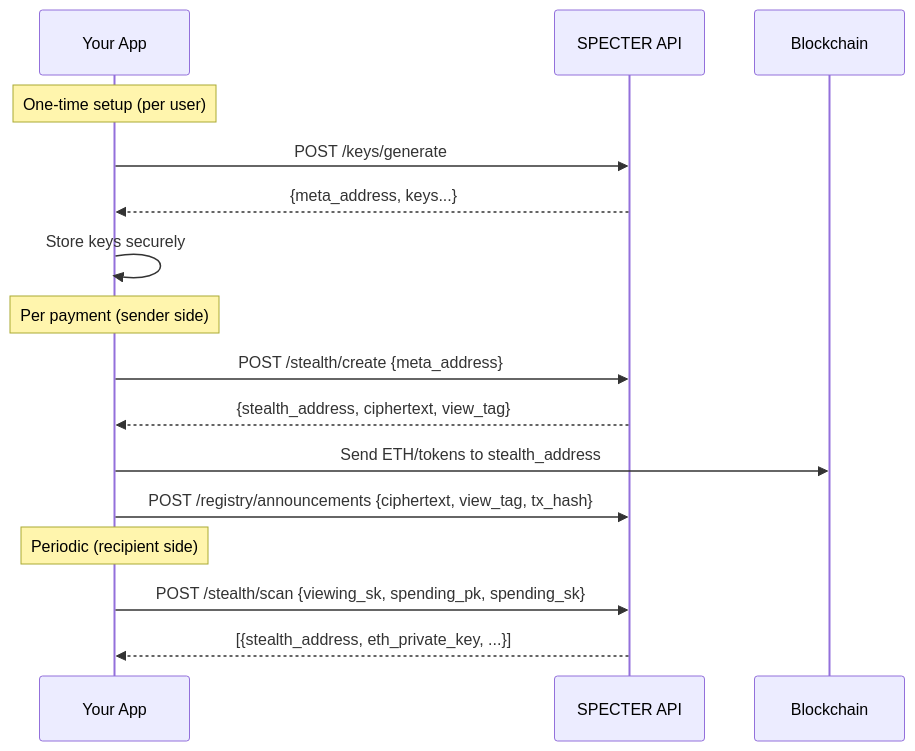
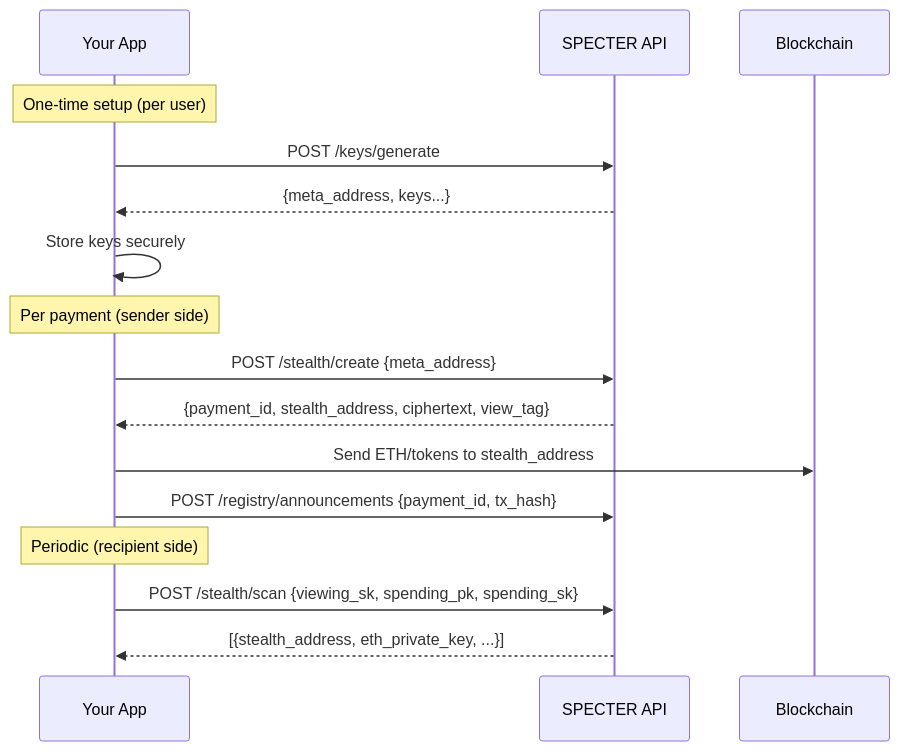
Before and after one commit to specter-privacy/docs: the diagram in docs/build/integration-guide.mdx, drawn with Mermaid. The commit also changed other lines of this file and 30 other files, not shown here.

````diff
--- a/docs/build/integration-guide.mdx
+++ b/docs/build/integration-guide.mdx
@@ -65,21 +65,21 @@
 ```mermaid
 sequenceDiagram
     participant App as Your App
     participant API as SPECTER API
     participant Chain as Blockchain
 
     Note over App: One-time setup (per user)
     App->>API: POST /keys/generate
     API-->>App: {meta_address, keys...}
     App->>App: Store keys securely
 
     Note over App: Per payment (sender side)
     App->>API: POST /stealth/create {meta_address}
-    API-->>App: {stealth_address, ciphertext, view_tag}
+    API-->>App: {payment_id, stealth_address, ciphertext, view_tag}
     App->>Chain: Send ETH/tokens to stealth_address
-    App->>API: POST /registry/announcements {ciphertext, view_tag, tx_hash}
+    App->>API: POST /registry/announcements {payment_id, tx_hash}
 
     Note over App: Periodic (recipient side)
     App->>API: POST /stealth/scan {viewing_sk, spending_pk, spending_sk}
     API-->>App: [{stealth_address, eth_private_key, ...}]
 ```
````
